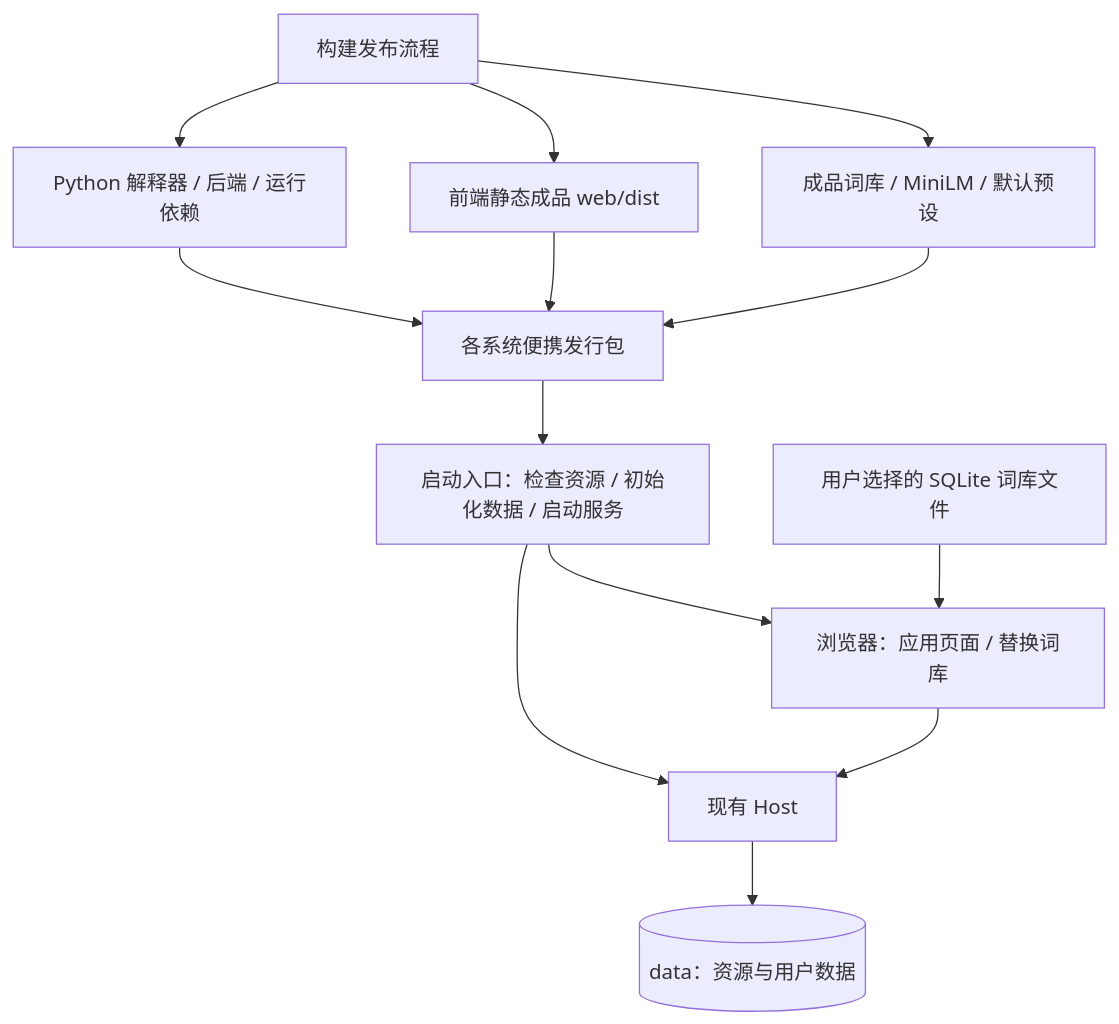
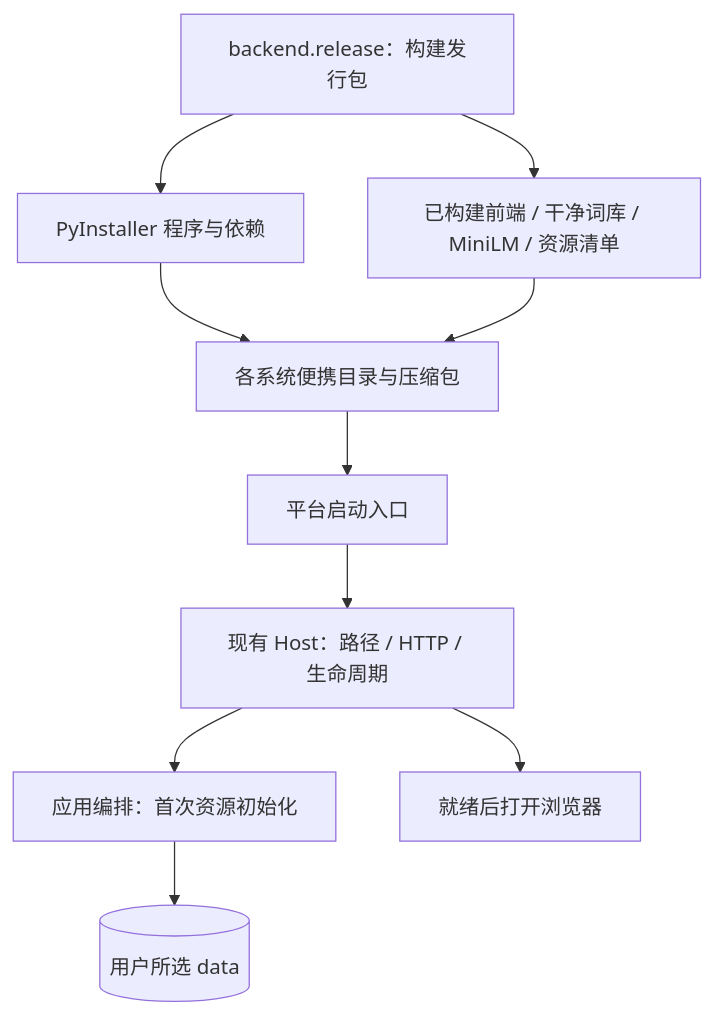
Before and after one commit to Lykr/pictide: the first of 2 diagrams in docs/issues/automatic-startup.md, drawn with Mermaid. The commit also changed other lines of this file, not shown here.

Commit message:
Specify portable build and startup interfaces

````diff
--- a/docs/issues/automatic-startup.md
+++ b/docs/issues/automatic-startup.md
@@ -11,15 +11,12 @@
 ```mermaid
 flowchart TD
-    Build["构建发布流程"] --> Python["Python 解释器 / 后端 / 运行依赖"]
-    Build --> Web["前端静态成品 web/dist"]
-    Build --> Assets["成品词库 / MiniLM / 默认预设"]
-    Python --> Package["各系统便携发行包"]
-    Web --> Package
+    Build["backend.release：构建发行包"] --> Program["PyInstaller 程序与依赖"]
+    Build --> Assets["已构建前端 / 干净词库 / MiniLM / 资源清单"]
+    Program --> Package["各系统便携目录与压缩包"]
     Assets --> Package
-    Package --> Start["启动入口：检查资源 / 初始化数据 / 启动服务"]
-    Start --> Host["现有 Host"]
-    Start --> UI["浏览器：应用页面 / 替换词库"]
-    Library["用户选择的 SQLite 词库文件"] --> UI
-    UI --> Host
-    Host --> Data[("data：资源与用户数据")]
+    Package --> Entry["平台启动入口"]
+    Entry --> Host["现有 Host：路径 / HTTP / 生命周期"]
+    Host --> Init["应用编排：首次资源初始化"]
+    Init --> Data[("用户所选 data")]
+    Host --> Browser["就绪后打开浏览器"]
 ```
````
